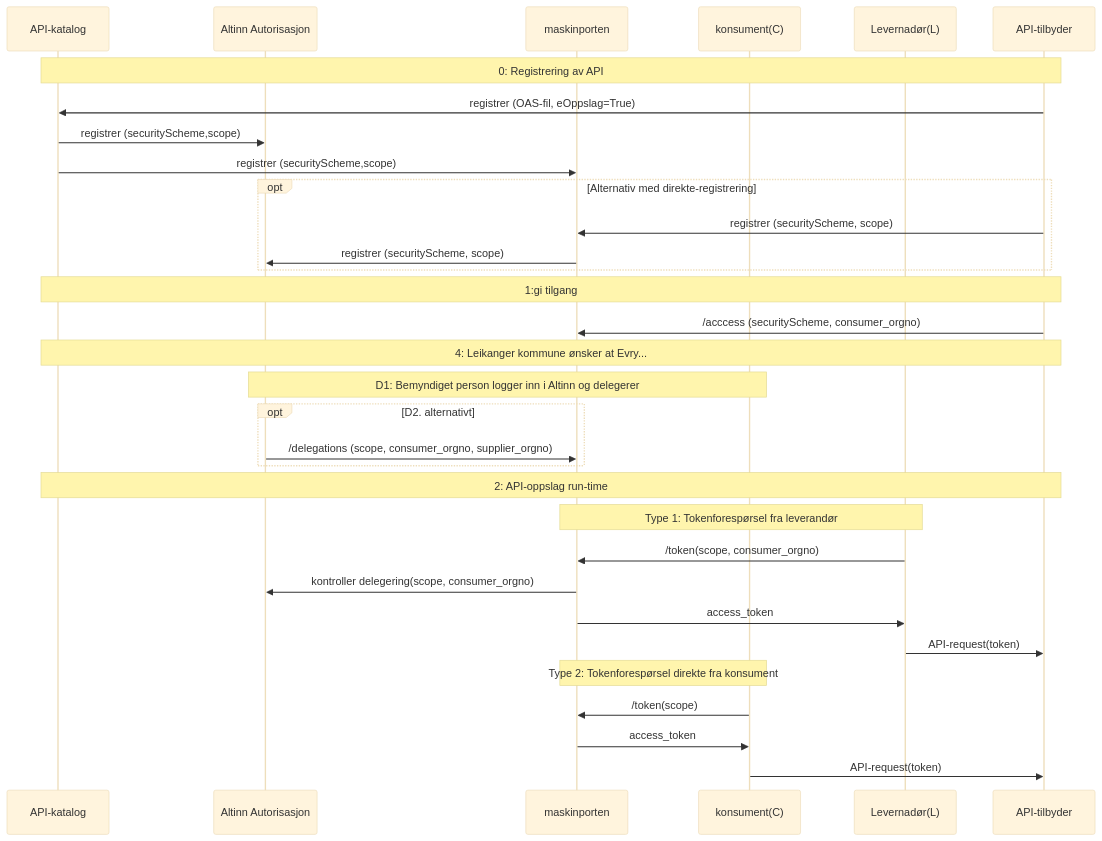
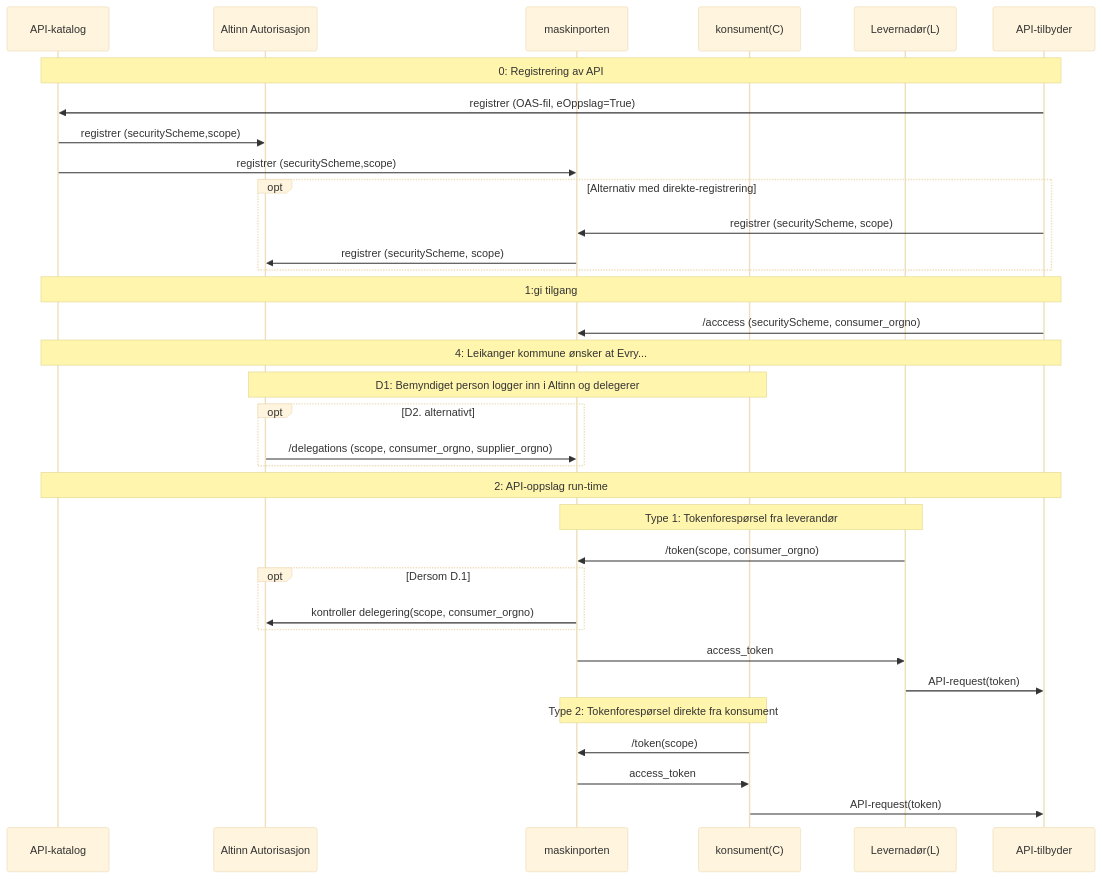
One commit to joergenb/oauth2-veileder changed the diagram in pages/eoppslag/eoppslag_sbb_oauth2_scopes.md. Above: the diagram before and after it, drawn with Mermaid (base theme).

Commit message:
D1-D2 sammenheng

```diff
--- a/pages/eoppslag/eoppslag_sbb_oauth2_scopes.md
+++ b/pages/eoppslag/eoppslag_sbb_oauth2_scopes.md
@@ -95,43 +95,45 @@
 <div class="mermaid">
 sequenceDiagram
 
   participant AP as API-katalog
   participant AA as Altinn Autorisasjon
   participant MP AS maskinporten
   participant C AS konsument(C)
   participant L AS Levernadør(L)
   participant A as API-tilbyder
 
   note over AP,A: 0: Registrering av API   
   A->>AP: registrer (OAS-fil, eOppslag=True)
   AP->>AA: registrer (securityScheme,scope)
   AP->>MP: registrer (securityScheme,scope)
 
   opt Alternativ med direkte-registrering
    A->>MP: registrer (securityScheme, scope)
    MP->>AA: registrer (securityScheme, scope)
   end
 
   note over AP,A: 1:gi tilgang
   A->>MP: /acccess (securityScheme, consumer_orgno)
 
   note over AP,A: 4: Leikanger kommune ønsker at Evry...
   note over AA,C: D1: Bemyndiget person logger inn i Altinn og delegerer
   opt D2. alternativt
   AA->>MP: /delegations (scope, consumer_orgno, supplier_orgno)
   end
 
   note over AP,A: 2: API-oppslag run-time
 
   note over L,MP: Type 1: Tokenforespørsel fra leverandør
   L->>MP: /token(scope, consumer_orgno)
-  MP->>AA: kontroller delegering(scope, consumer_orgno)
+  opt Dersom D.1
+    MP->>AA: kontroller delegering(scope, consumer_orgno)
+  end
   MP->>L: access_token
   L->>A: API-request(token)
 
   note over C,MP: Type 2: Tokenforespørsel direkte fra konsument
   C->>MP: /token(scope)
   MP->>C: access_token
   C->>A: API-request(token)
 
   </div>
```
